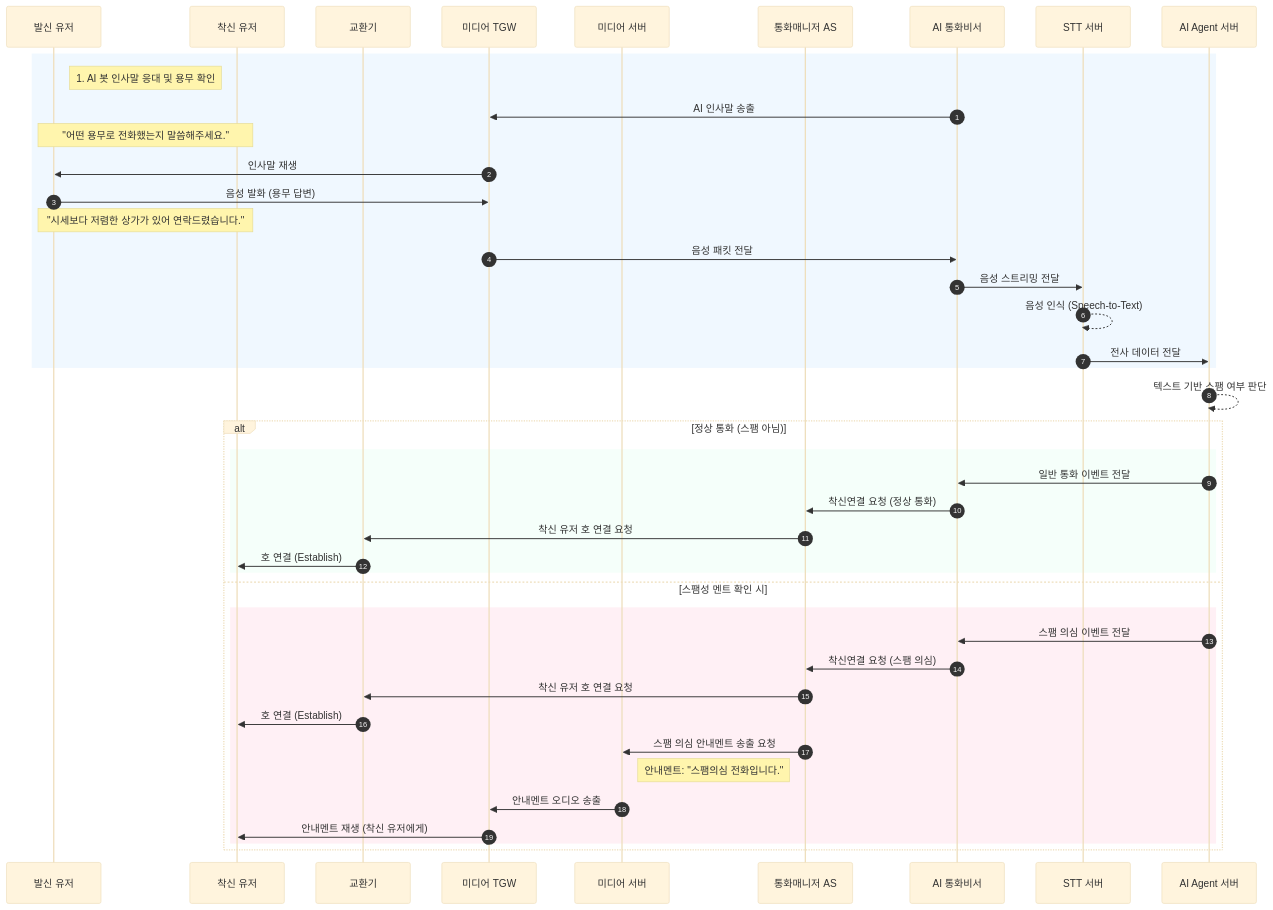
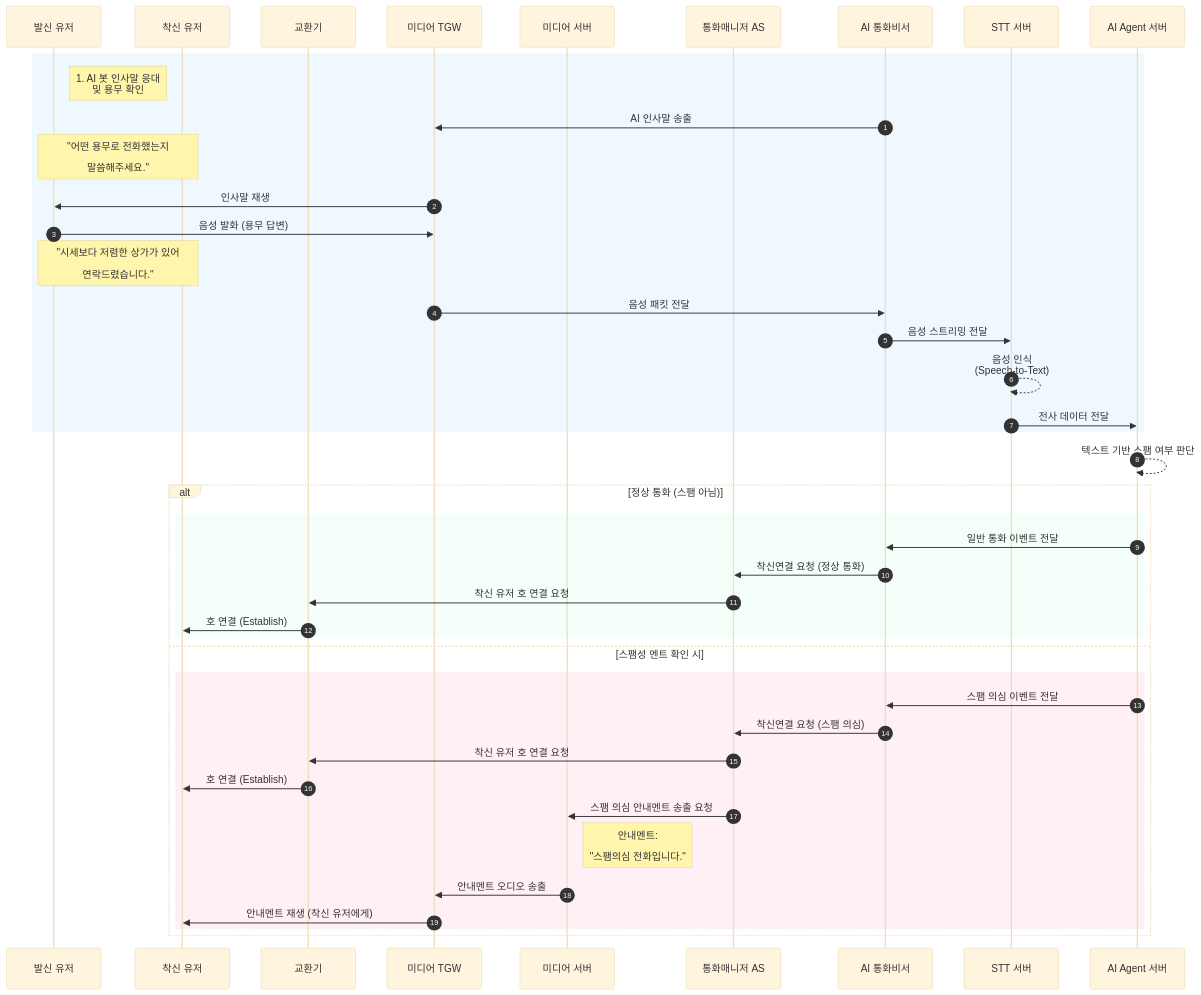
The second of 2 diagrams in docs/architecture/call-flow-cloud-stt.md (hak023/sip_pbx), drawn with Mermaid (base theme) before and after one commit. The commit also changed other lines of this file, not shown here.

Commit message:
docs: improve readability of call flow mermaid diagram

````diff
--- a/docs/architecture/call-flow-cloud-stt.md
+++ b/docs/architecture/call-flow-cloud-stt.md
@@ -82,53 +82,53 @@
 ```mermaid
 sequenceDiagram
     autonumber
     
     participant Caller as 발신 유저
     participant Callee as 착신 유저
     participant S as 교환기
     participant MT as 미디어 TGW
     participant MS as 미디어 서버
     participant CAS as 통화매니저 AS
     participant AIBot as AI 통화비서
     participant STT as STT 서버
     participant AI as AI Agent 서버
 
     %% 1. AI 봇 인사말 응대
     rect rgb(240, 248, 255)
-    Note right of Caller: 1. AI 봇 인사말 응대 및 용무 확인
+    Note right of Caller: 1. AI 봇 인사말 응대<br/>및 용무 확인
     AIBot->>MT: AI 인사말 송출
-    Note over Caller, Callee: "어떤 용무로 전화했는지 말씀해주세요."
+    Note over Caller, Callee: "어떤 용무로 전화했는지<br/><br/>말씀해주세요."
     MT->>Caller: 인사말 재생
     
     Caller->>MT: 음성 발화 (용무 답변)
-    Note over Caller, Callee: "시세보다 저렴한 상가가 있어 연락드렸습니다."
+    Note over Caller, Callee: "시세보다 저렴한 상가가 있어<br/><br/>연락드렸습니다."
     MT->>AIBot: 음성 패킷 전달
     
     AIBot->>STT: 음성 스트리밍 전달
-    STT-->>STT: 음성 인식 (Speech-to-Text)
+    STT-->>STT: 음성 인식<br/>(Speech-to-Text)
     STT->>AI: 전사 데이터 전달
     end
     
     %% 2. 스팸 판단 및 분기
     AI-->>AI: 텍스트 기반 스팸 여부 판단
     
     alt 정상 통화 (스팸 아님)
         rect rgb(245, 255, 250)
         AI->>AIBot: 일반 통화 이벤트 전달
         AIBot->>CAS: 착신연결 요청 (정상 통화)
         CAS->>S: 착신 유저 호 연결 요청
         S->>Callee: 호 연결 (Establish)
         end
     else 스팸성 멘트 확인 시
         rect rgb(255, 240, 245)
         AI->>AIBot: 스팸 의심 이벤트 전달
         AIBot->>CAS: 착신연결 요청 (스팸 의심)
         CAS->>S: 착신 유저 호 연결 요청
         S->>Callee: 호 연결 (Establish)
         CAS->>MS: 스팸 의심 안내멘트 송출 요청
-        Note right of MS: 안내멘트: "스팸의심 전화입니다."
+        Note right of MS: 안내멘트:<br/><br/>"스팸의심 전화입니다."
         MS->>MT: 안내멘트 오디오 송출
         MT->>Callee: 안내멘트 재생 (착신 유저에게)
         end
     end
 ```
````
